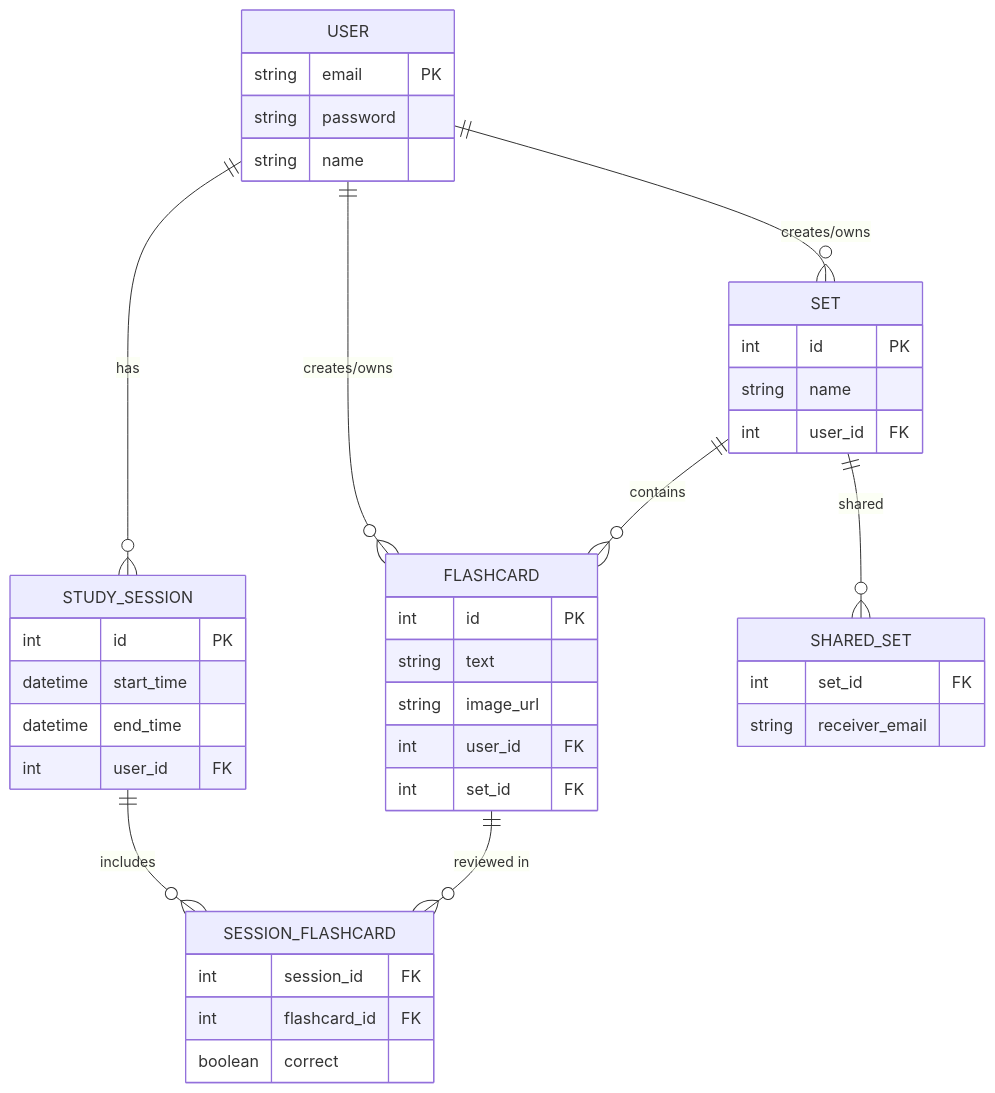
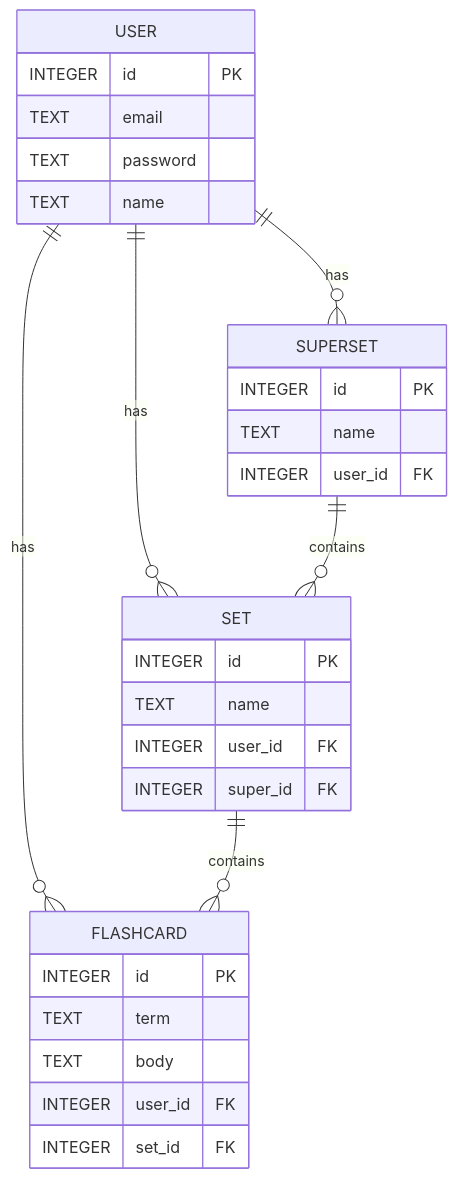
The diagram in README.md (wyliew19/FlashLearn), drawn with Mermaid before and after one commit.

Commit message:
Update ER Diagram
Matches actual implementation now

````diff
--- a/README.md
+++ b/README.md
@@ -10,43 +10,33 @@
 ```mermaid
 erDiagram
     USER {
-        string email PK
-        string password
-        string name
+        INTEGER id PK
+        TEXT email
+        TEXT password
+        TEXT name
+    }
+    SUPERSET {
+        INTEGER id PK
+        TEXT name
+        INTEGER user_id FK
+    }
+    SET {
+        INTEGER id PK
+        TEXT name
+        INTEGER user_id FK
+        INTEGER super_id FK
     }
     FLASHCARD {
-        int id PK
-        string text
-        string image_url
-        int user_id FK
-        int set_id FK
-    }
-    SET {
-        int id PK
-        string name
-        int user_id FK
-    }
-    STUDY_SESSION {
-        int id PK
-        datetime start_time
-        datetime end_time
-        int user_id FK
-    }
-    SESSION_FLASHCARD {
-        int session_id FK
-        int flashcard_id FK
-        boolean correct
-    }
-    SHARED_SET {
-        int set_id FK
-        string receiver_email
+        INTEGER id PK
+        TEXT term
+        TEXT body
+        INTEGER user_id FK
+        INTEGER set_id FK
     }
 
-    USER ||--o{ FLASHCARD : "creates/owns"
-    USER ||--o{ SET : "creates/owns"
+    USER ||--o{ SUPERSET : "has"
+    USER ||--o{ SET : "has"
+    USER ||--o{ FLASHCARD : "has"
+    SUPERSET ||--o{ SET : "contains"
     SET ||--o{ FLASHCARD : "contains"
-    USER ||--o{ STUDY_SESSION : "has"
-    STUDY_SESSION ||--o{ SESSION_FLASHCARD : "includes"
-    FLASHCARD ||--o{ SESSION_FLASHCARD : "reviewed in"
-    SET ||--o{ SHARED_SET : "shared"
 ```
````
